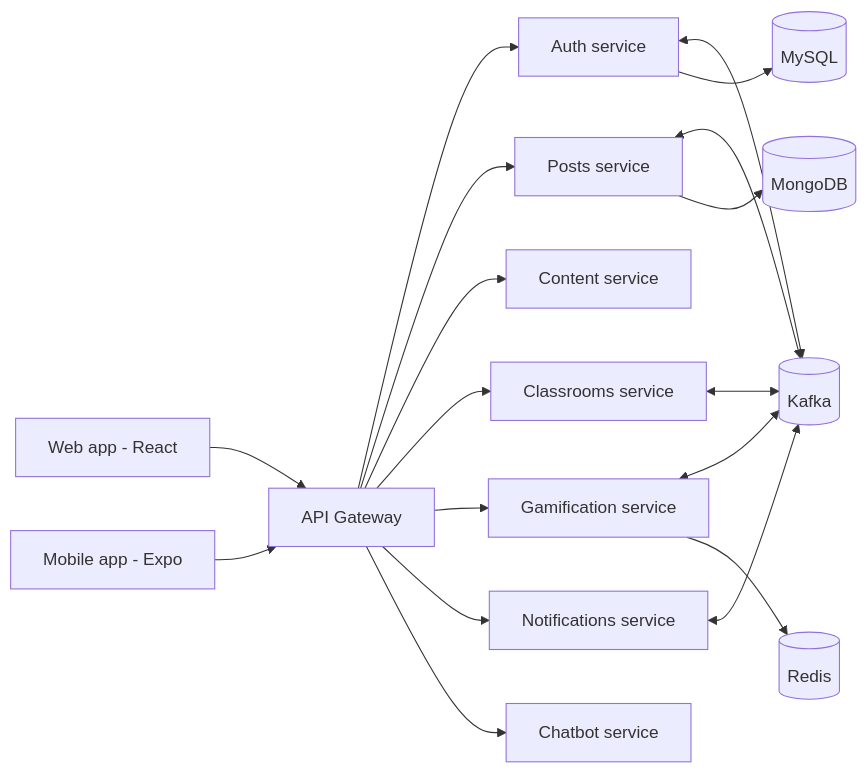
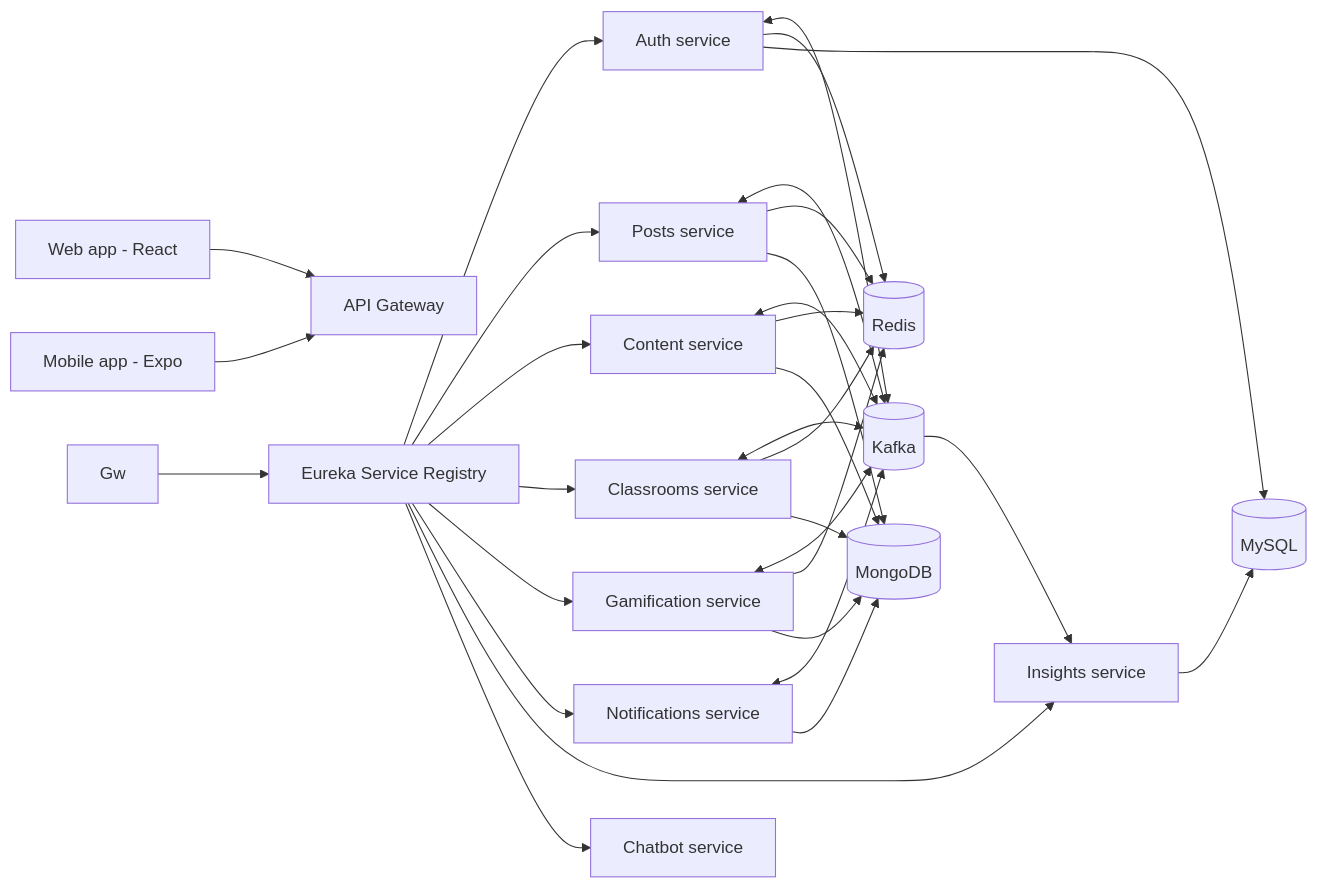
The diagram in README.md (DerkiAyet/Projet_Startup), drawn with Mermaid before and after one commit. The commit also changed other lines of this file, not shown here.

Commit message:
Update README 2

````diff
--- a/README.md
+++ b/README.md
@@ -26,16 +26,28 @@
 ```mermaid
 flowchart LR
     Web[Web app - React] --> GW[API Gateway]
     Mobile[Mobile app - Expo] --> GW
-    GW --> Auth[Auth service]
-    GW --> Posts[Posts service]
-    GW --> Content[Content service]
-    GW --> Class[Classrooms service]
-    GW --> Gami[Gamification service]
-    GW --> Notif[Notifications service]
-    GW --> Bot[Chatbot service]
-    Auth & Posts & Class & Gami & Notif <--> Kafka[(Kafka)]
-    Gami --> Redis[(Redis)]
+    Gw --> Eureka[Eureka Service Registry]
+    Eureka --> Auth[Auth service]
+    Eureka --> Posts[Posts service]
+    Eureka --> Content[Content service]
+    Eureka --> Class[Classrooms service]
+    Eureka --> Gami[Gamification service]
+    Eureka --> Notif[Notifications service]
+    Eureka --> Insights[Insights service]
+    Eureka --> Bot[Chatbot service]
+    Auth & Posts & Content & Class & Gami & Notif <--> Kafka[(Kafka)]
+    Kafka --> Insights
+    Auth --> Redis[(Redis)]
+    Posts --> Redis
+    Content --> Redis
+    Class --> Redis
+    Gami --> Redis
     Auth --> MySQL[(MySQL)]
+    Insights --> MySQL
     Posts --> Mongo[(MongoDB)]
+    Content --> Mongo
+    Notif --> Mongo
+    Gami --> Mongo
+    Class --> Mongo
 ```
````
